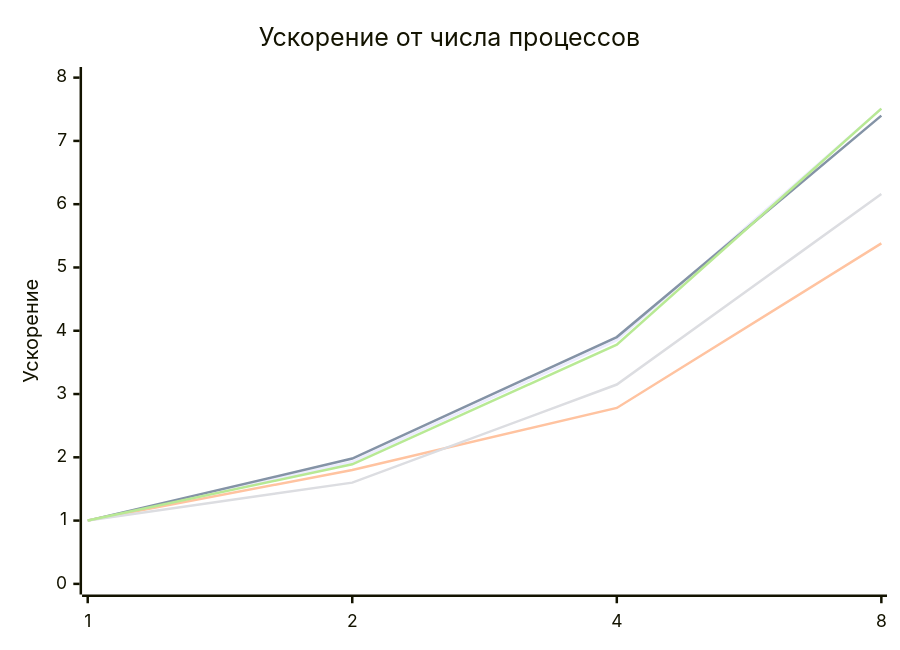
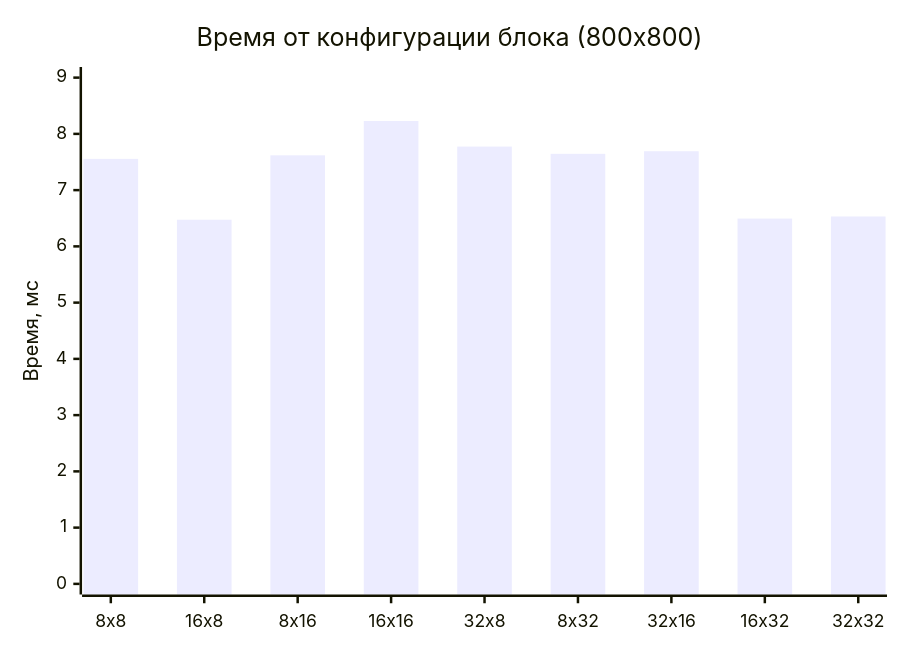
The third of 7 diagrams in README.md (sanek4338/Parallelnoe_Programming), drawn with Mermaid before and after one commit. The commit also changed other lines of this file and 3 other files, not shown here.

````diff
--- a/README.md
+++ b/README.md
@@ -104,11 +167,7 @@
 ```mermaid
 xychart-beta
-    title "Ускорение от числа процессов"
-    x-axis [1, 2, 4, 8]
-    y-axis "Ускорение" 0 --> 8
-    line "N=200" [1.00, 1.93, 3.85, 7.51]
-    line "N=400" [1.00, 1.98, 3.90, 7.40]
-    line "N=800" [1.00, 1.80, 2.78, 5.38]
-    line "N=1200" [1.00, 1.60, 3.15, 6.16]
-    line "N=1600" [1.00, 1.89, 3.78, 7.51]
+    title "Время от конфигурации блока (800x800)"
+    x-axis ["8x8", "16x8", "8x16", "16x16", "32x8", "8x32", "32x16", "16x32", "32x32"]
+    y-axis "Время, мс" 0 --> 9
+    bar [7.555870, 6.473700, 7.618620, 8.228580, 7.774140, 7.645180, 7.691490, 6.493980, 6.531140]
 ```
````
